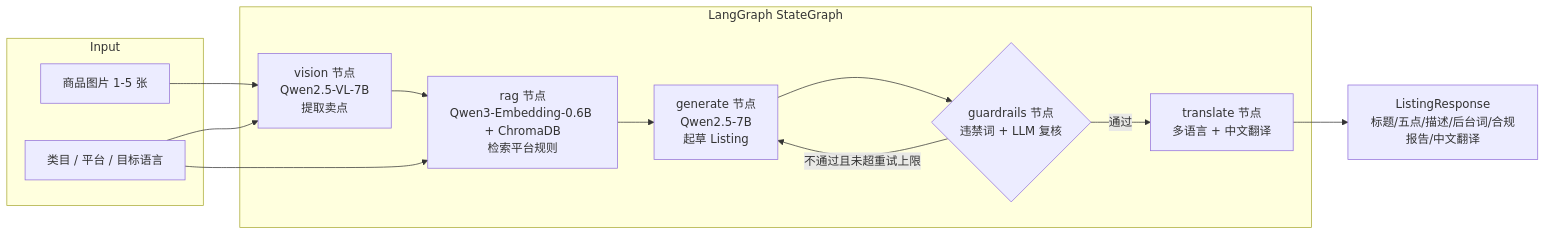
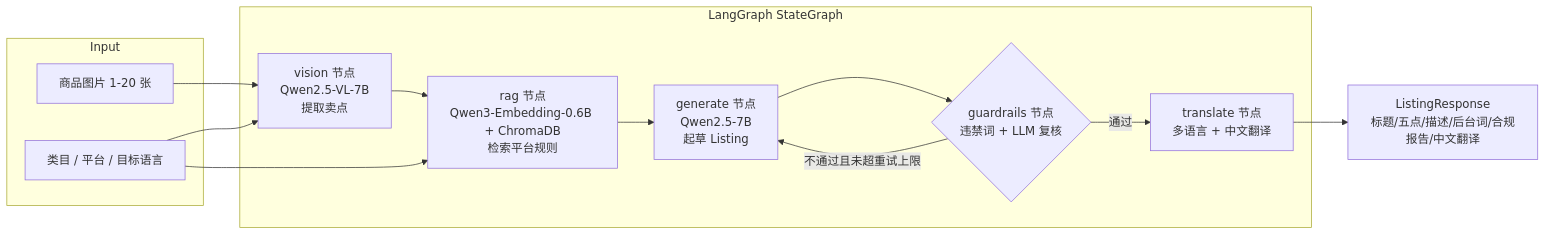
The diagram in README.md (KDHR9100/CrossLister), drawn with Mermaid before and after one commit. The commit also changed other lines of this file and 13 other files, not shown here.

````diff
--- a/README.md
+++ b/README.md
@@ -31,25 +33,25 @@
 ```mermaid
 flowchart LR
     subgraph Input
-        IMG[商品图片 1-5 张]
+        IMG[商品图片 1-20 张]
         META[类目 / 平台 / 目标语言]
     end
 
     subgraph Graph[LangGraph StateGraph]
         V[vision 节点<br/>Qwen2.5-VL-7B<br/>提取卖点]
         R[rag 节点<br/>Qwen3-Embedding-0.6B + ChromaDB<br/>检索平台规则]
         G[generate 节点<br/>Qwen2.5-7B<br/>起草 Listing]
         C{guardrails 节点<br/>违禁词 + LLM 复核}
         T[translate 节点<br/>多语言 + 中文翻译]
     end
 
     IMG --> V
     META --> V
     V --> R
     META --> R
     R --> G
     G --> C
     C -- 不通过且未超重试上限 --> G
     C -- 通过 --> T
     T --> OUT[ListingResponse<br/>标题/五点/描述/后台词/合规报告/中文翻译]
 ```
````
